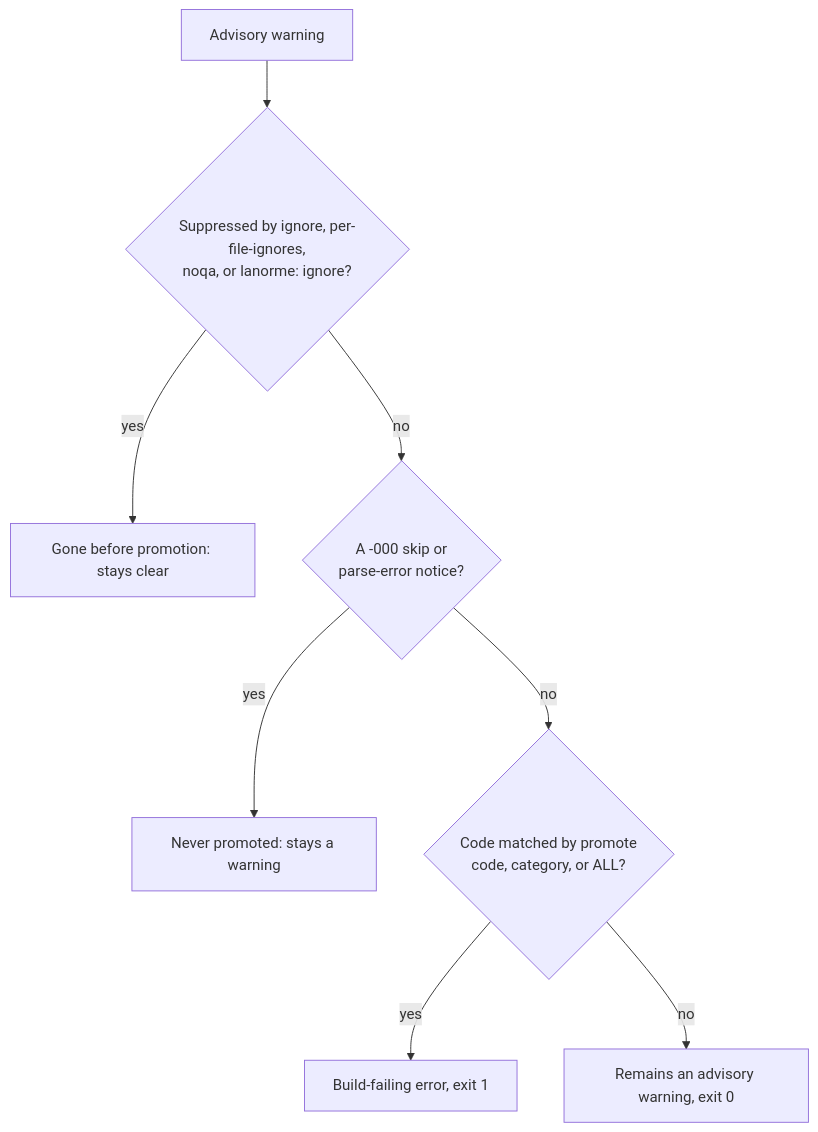
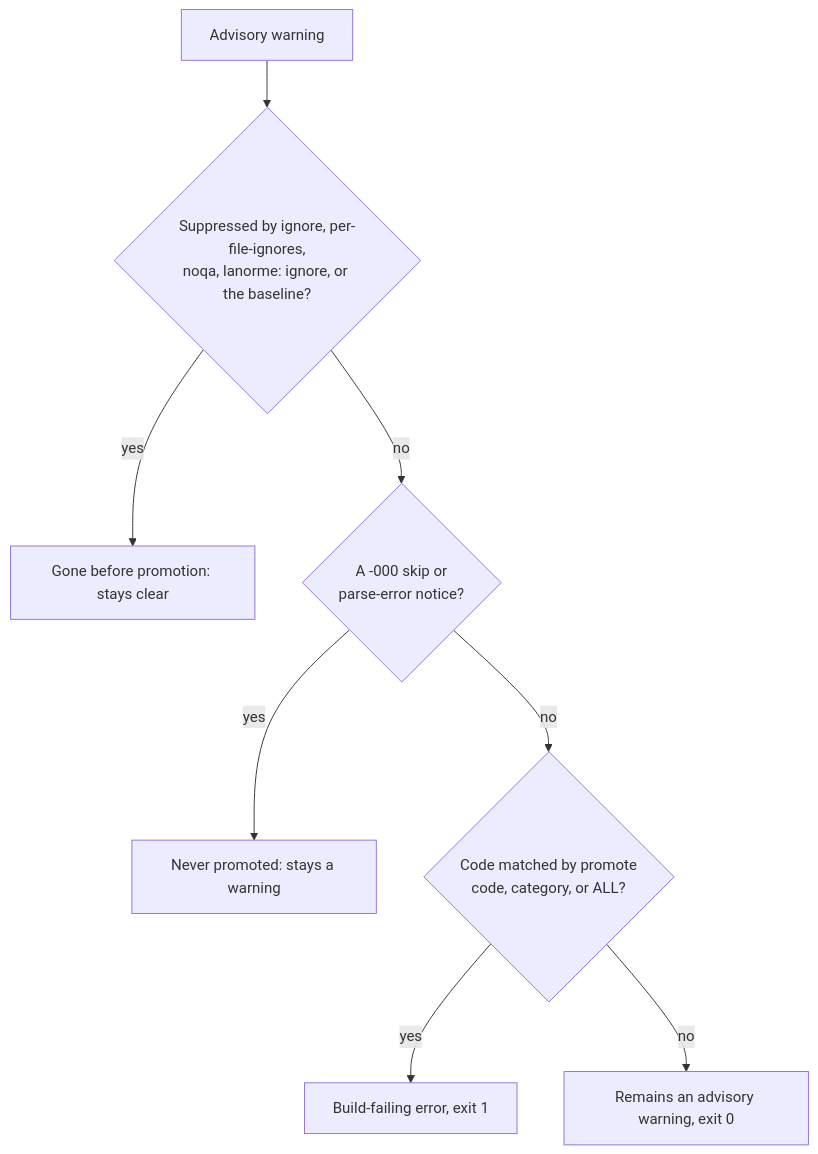
The diagram in docs/how-to/promote-warnings.md (lanorme/lanorme), drawn with Mermaid before and after one commit. The commit also changed other lines of this file and 28 other files, not shown here.

````diff
--- a/docs/how-to/promote-warnings.md
+++ b/docs/how-to/promote-warnings.md
@@ -7,10 +7,10 @@
 ```mermaid
 flowchart TD
-    W[Advisory warning] --> S{Suppressed by ignore, per-file-ignores,<br/>noqa, or lanorme: ignore?}
+    W[Advisory warning] --> S{Suppressed by ignore, per-file-ignores,<br/>noqa, lanorme: ignore, or the baseline?}
     S -- yes --> G[Gone before promotion: stays clear]
     S -- no --> N{A -000 skip or<br/>parse-error notice?}
     N -- yes --> K[Never promoted: stays a warning]
     N -- no --> P{Code matched by promote<br/>code, category, or ALL?}
     P -- yes --> F[Build-failing error, exit 1]
     P -- no --> R[Remains an advisory warning, exit 0]
 ```
````
